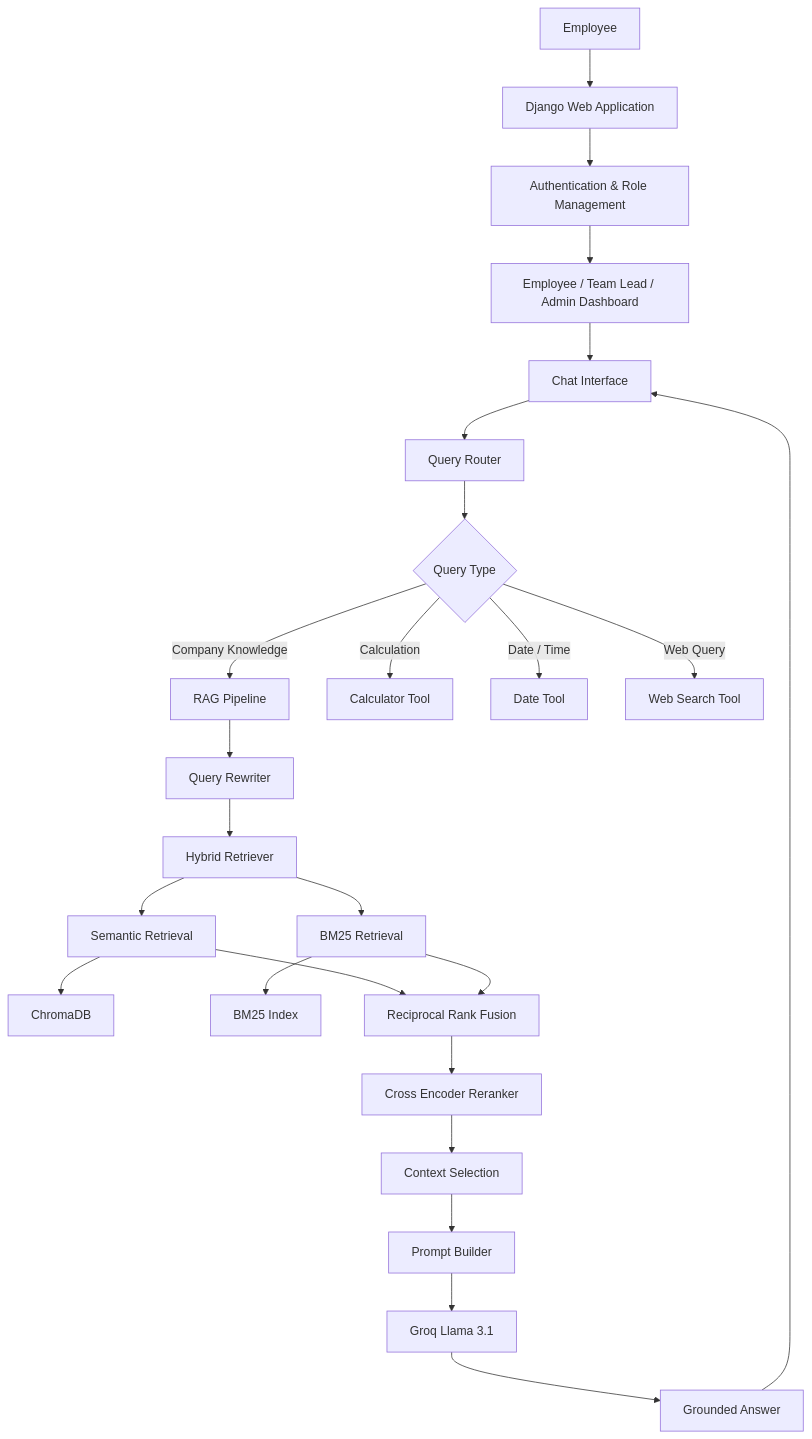
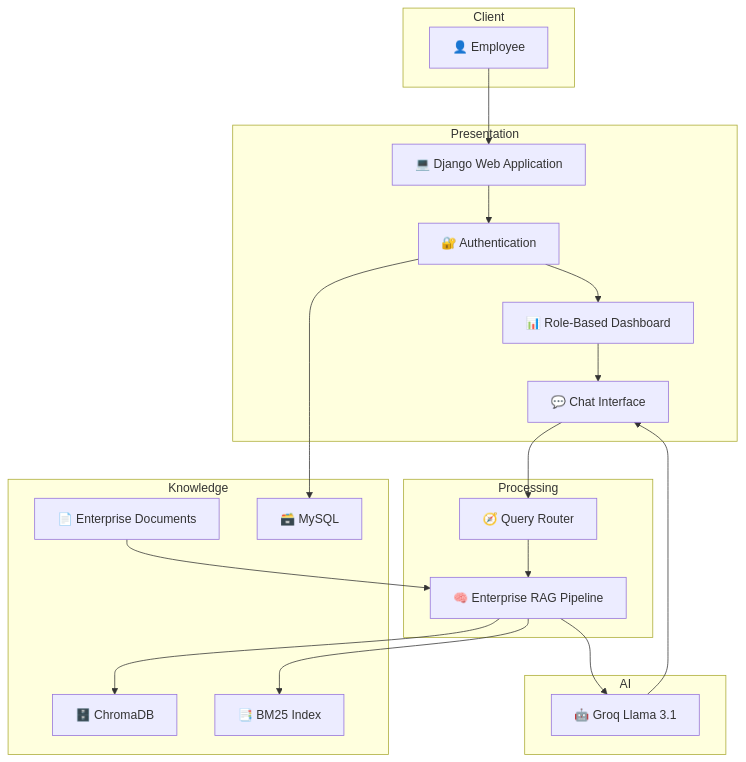
One commit to Srisilpa/RagLink changed the first of 7 diagrams in README.md. Above: the diagram before and after it, drawn with Mermaid. The commit also changed other lines of this file, not shown here.

`````diff
--- a/README.md
+++ b/README.md
@@ -115,45 +151,43 @@
 ```mermaid
-flowchart TD
+flowchart TB
 
-    A[Employee] --> B[Django Web Application]
+subgraph Client
+A["👤 Employee"]
+end
 
-    B --> C[Authentication & Role Management]
+subgraph Presentation
+B["💻 Django Web Application"]
+C["🔐 Authentication"]
+D["📊 Role-Based Dashboard"]
+E["💬 Chat Interface"]
+end
 
-    C --> D[Employee / Team Lead / Admin Dashboard]
+subgraph Processing
+F["🧭 Query Router"]
+G["🧠 Enterprise RAG Pipeline"]
+end
 
-    D --> E[Chat Interface]
+subgraph Knowledge
+H["📄 Enterprise Documents"]
+I["🗄️ ChromaDB"]
+J["📑 BM25 Index"]
+K["🗃️ MySQL"]
+end
 
-    E --> F[Query Router]
+subgraph AI
+L["🤖 Groq Llama 3.1"]
+end
 
-    F --> G{Query Type}
-
-    G -->|Company Knowledge| H[RAG Pipeline]
-    G -->|Calculation| I[Calculator Tool]
-    G -->|Date / Time| J[Date Tool]
-    G -->|Web Query| K[Web Search Tool]
-
-    H --> L[Query Rewriter]
-
-    L --> M[Hybrid Retriever]
-
-    M --> N[Semantic Retrieval]
-    M --> O[BM25 Retrieval]
-
-    N --> P[ChromaDB]
-    O --> Q[BM25 Index]
-
-    N --> R[Reciprocal Rank Fusion]
-    O --> R
-
-    R --> S[Cross Encoder Reranker]
-
-    S --> T[Context Selection]
-
-    T --> U[Prompt Builder]
-
-    U --> V[Groq Llama 3.1]
-
-    V --> W[Grounded Answer]
-
-    W --> E
-````
+A --> B
+B --> C
+C --> D
+D --> E
+E --> F
+F --> G
+H --> G
+G --> I
+G --> J
+C --> K
+G --> L
+L --> E
+```
`````
